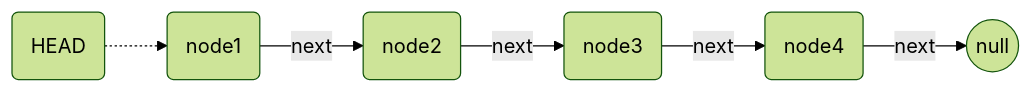
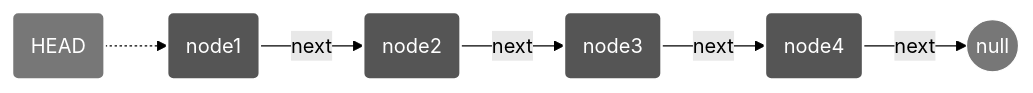
One commit to PugazharasanC/Problem-Solving-Session-Apr-10 changed the first of 6 diagrams in list.md. Above: the diagram before and after it, drawn with Mermaid (forest theme). The commit also changed other lines of this file, not shown here.

````diff
--- a/list.md
+++ b/list.md
@@ -9,8 +13,15 @@
 ```mermaid
 graph LR
+    style head fill:#777777,stroke:#ffffff,stroke-width:2px,color:#ffffff
+    style null fill:#777777,stroke:#ffffff,stroke-width:1px,color:#ffffff
+    style node1 fill:#555555,stroke:#ffffff,stroke-width:2px,color:#ffffff
+    style node2 fill:#555555,stroke:#ffffff,stroke-width:2px,color:#ffffff
+    style node3 fill:#555555,stroke:#ffffff,stroke-width:2px,color:#ffffff
+    style node4 fill:#555555,stroke:#ffffff,stroke-width:2px,color:#ffffff
+
     head(HEAD) -.-> node1(node1)
     node1 --next--> node2(node2)
     node2 --next--> node3(node3)
     node3 --next--> node4(node4)
     node4 --next--> null((null))
 ```
````
